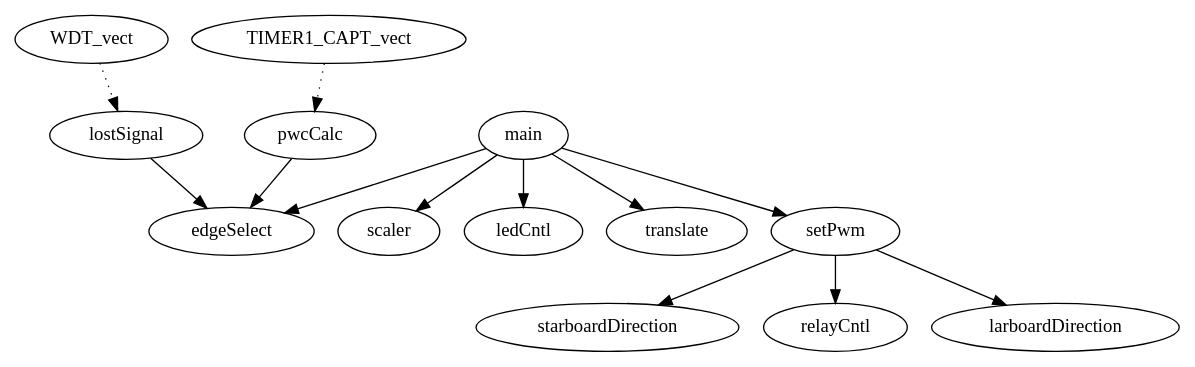
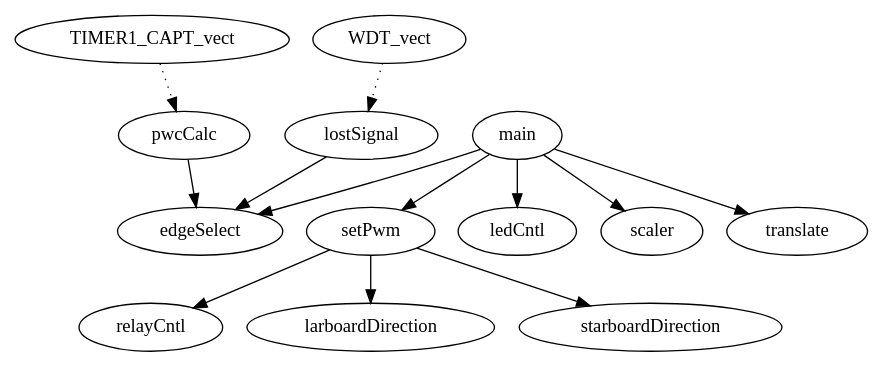
One commit to bjornburton/champbot changed the diagram in Firmware/Propulsion/piruett.dot. Above: the diagram before and after it, drawn with Graphviz. The commit also changed other lines of this file and 7 other files, not shown here.

Commit message:
changed comparators to Set on match. Changed PWM setup so that PWM is not inverted in Reverse.

```diff
--- a/Firmware/Propulsion/piruett.dot
+++ b/Firmware/Propulsion/piruett.dot
@@ -1,14 +1,14 @@
 digraph callgraph {
+"lostSignal" -> "edgeSelect" [style=solid];
+"setPwm" -> "relayCntl" [style=solid];
+"setPwm" -> "larboardDirection" [style=solid];
+"setPwm" -> "starboardDirection" [style=solid];
+"main" -> "edgeSelect" [style=solid];
+"main" -> "setPwm" [style=solid];
+"main" -> "ledCntl" [style=solid];
+"main" -> "scaler" [style=solid];
+"main" -> "translate" [style=solid];
 "pwcCalc" -> "edgeSelect" [style=solid];
 "TIMER1_CAPT_vect" -> "pwcCalc" [style=dotted];
-"main" -> "scaler" [style=solid];
-"main" -> "ledCntl" [style=solid];
-"main" -> "edgeSelect" [style=solid];
-"main" -> "translate" [style=solid];
-"main" -> "setPwm" [style=solid];
 "WDT_vect" -> "lostSignal" [style=dotted];
-"setPwm" -> "starboardDirection" [style=solid];
-"setPwm" -> "relayCntl" [style=solid];
-"setPwm" -> "larboardDirection" [style=solid];
-"lostSignal" -> "edgeSelect" [style=solid];
 }
```
